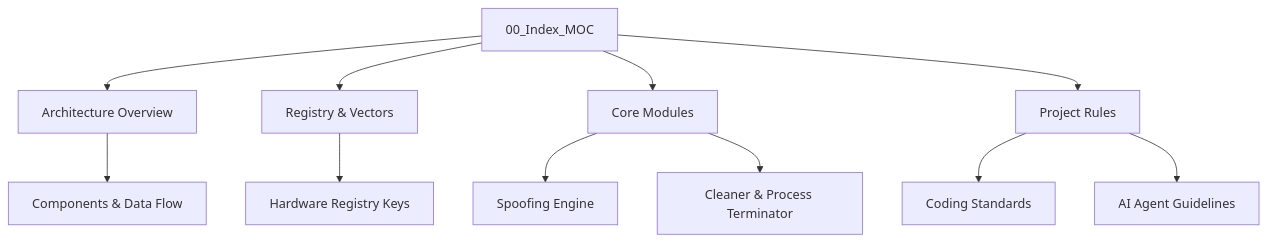
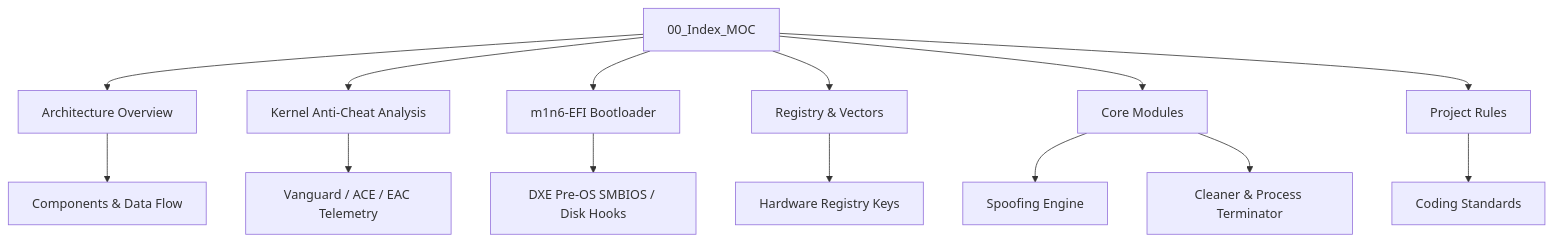
The diagram in docs/00_Index_MOC.md (valzevox/m1n6-spoofy), drawn with Mermaid before and after one commit. The commit also changed other lines of this file and 13 other files, not shown here.

Commit message:
feat(kernel): add kernel anti-cheat telemetry analysis and m1n6-EFI bootloader module

````diff
--- a/docs/00_Index_MOC.md
+++ b/docs/00_Index_MOC.md
@@ -23,14 +25,17 @@
 ```mermaid
 graph TD
     MOC[00_Index_MOC] --> ARCH[Architecture Overview]
+    MOC --> KERNEL[Kernel Anti-Cheat Analysis]
+    MOC --> EFI[m1n6-EFI Bootloader]
     MOC --> REG[Registry & Vectors]
     MOC --> MOD[Core Modules]
     MOC --> RULES[Project Rules]
 
+    KERNEL --> AC[Vanguard / ACE / EAC Telemetry]
+    EFI --> BOOT[DXE Pre-OS SMBIOS / Disk Hooks]
     ARCH --> COMP[Components & Data Flow]
     MOD --> SPOOF[Spoofing Engine]
     MOD --> CLEAN[Cleaner & Process Terminator]
     REG --> KEYS[Hardware Registry Keys]
     RULES --> CODE[Coding Standards]
-    RULES --> AGENT[AI Agent Guidelines]
 ```
````
